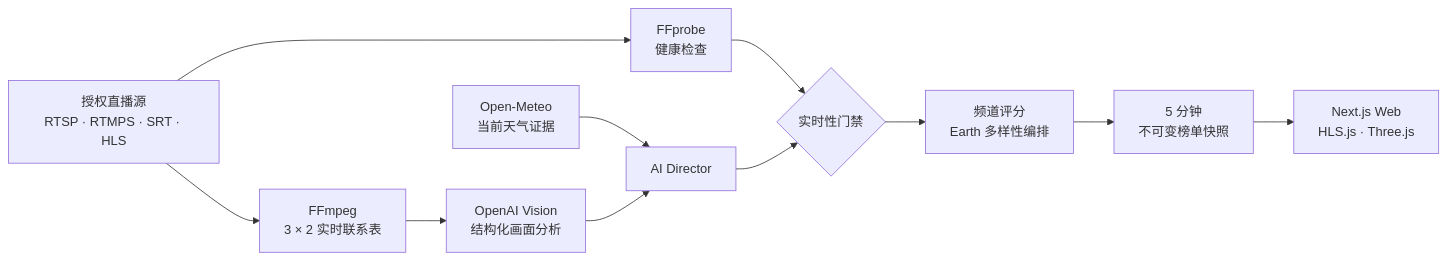
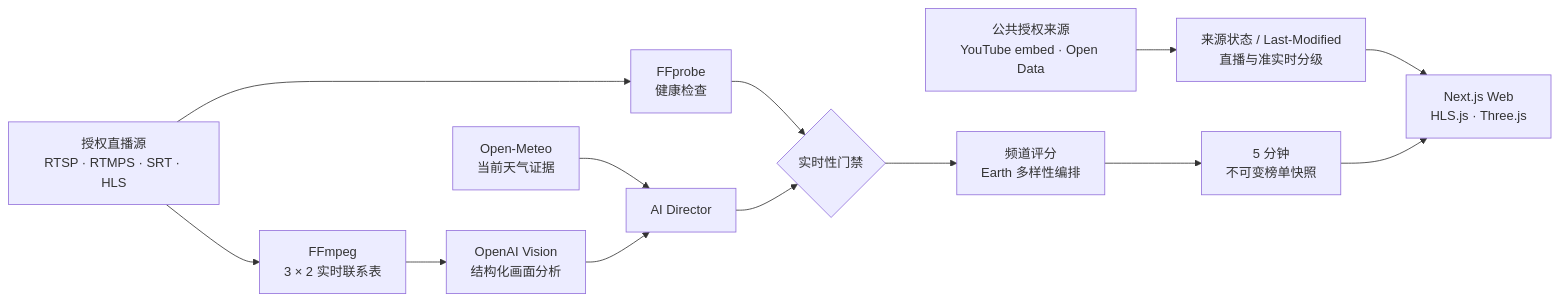
Before and after one commit to skygazer42/LiveEarth: the diagram in README.md, drawn with Mermaid. The commit also changed other lines of this file and 33 other files, not shown here.

````diff
--- a/README.md
+++ b/README.md
@@ -120,13 +156,15 @@
 ```mermaid
 flowchart LR
+    Public["公共授权来源<br/>YouTube embed · Open Data"] --> PublicGate["来源状态 / Last-Modified<br/>直播与准实时分级"]
+    PublicGate --> Web
     Feed["授权直播源<br/>RTSP · RTMPS · SRT · HLS"] --> Probe["FFprobe<br/>健康检查"]
     Feed --> Frames["FFmpeg<br/>3 × 2 实时联系表"]
     Frames --> Vision["OpenAI Vision<br/>结构化画面分析"]
     Weather["Open-Meteo<br/>当前天气证据"] --> Director["AI Director"]
     Vision --> Director
     Probe --> Gate{"实时性门禁"}
     Director --> Gate
     Gate --> Ranking["频道评分<br/>Earth 多样性编排"]
     Ranking --> Snapshot["5 分钟<br/>不可变榜单快照"]
     Snapshot --> Web["Next.js Web<br/>HLS.js · Three.js"]
 ```
````
